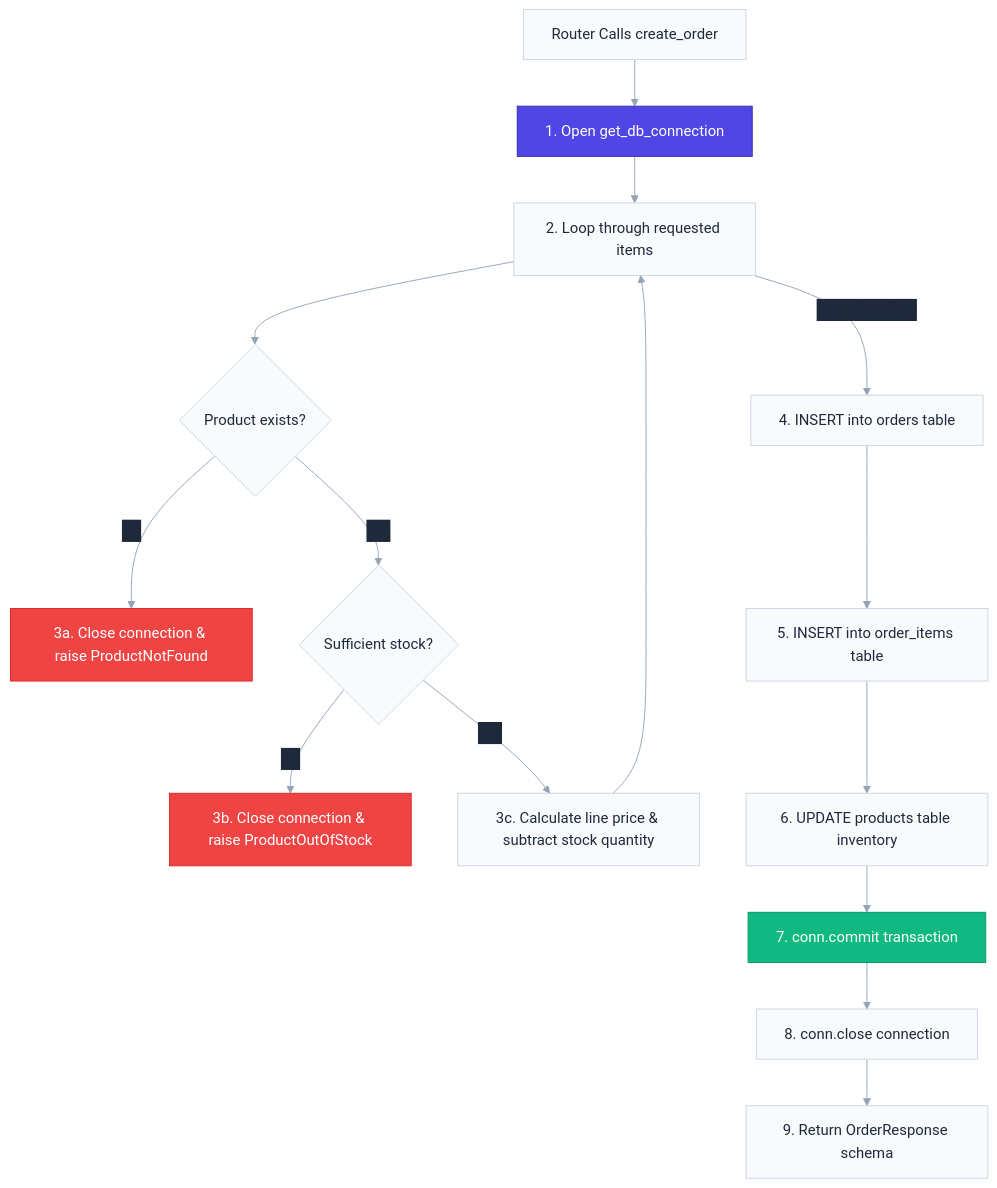
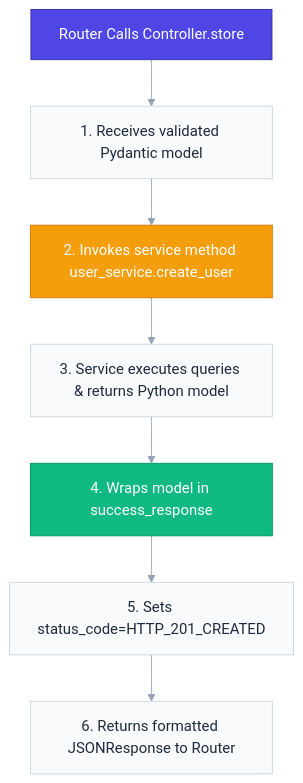
The diagram in app/controllers/README.md (nakul-cloud/ecommerce-api), drawn with Mermaid before and after one commit. The commit also changed other lines of this file and 22 other files, not shown here.

Commit message:
feat: scaffold API architecture with authentication, custom exceptions, controllers, and utility modules.

````diff
--- a/app/controllers/README.md
+++ b/app/controllers/README.md
@@ -22,23 +22,14 @@
 ```mermaid
 %%{init: {'theme': 'base', 'themeVariables': {'primaryColor': '#4f46e5', 'primaryTextColor': '#1e293b', 'primaryBorderColor': '#3730a3', 'lineColor': '#94a3b8', 'secondaryColor': '#10b981', 'tertiaryColor': '#f59e0b', 'background': '#ffffff', 'mainBkg': '#f8fafc', 'nodeBorder': '#cbd5e1', 'nodeTextColor': '#1e293b', 'textColor': '#ffffff', 'titleColor': '#ffffff', 'edgeLabelBackground': '#1e293b', 'clusterBkg': '#f1f5f9', 'clusterBorder': '#e2e8f0'}}}%%
 flowchart TD
-    Start[Router Calls create_order] --> DBConn[1. Open get_db_connection]
-    DBConn --> LoopItems[2. Loop through requested items]
-    LoopItems --> CheckProd{Product exists?}
-    CheckProd -->|No| RaiseNF[3a. Close connection & raise ProductNotFound]
-    CheckProd -->|Yes| CheckStock{Sufficient stock?}
-    CheckStock -->|No| RaiseOOS[3b. Close connection & raise ProductOutOfStock]
-    CheckStock -->|Yes| CalcPrice[3c. Calculate line price & subtract stock quantity]
-    CalcPrice --> LoopItems
-    LoopItems -->|Loop Complete| InsertOrder[4. INSERT into orders table]
-    InsertOrder --> InsertItems[5. INSERT into order_items table]
-    InsertItems --> DeductStock[6. UPDATE products table inventory]
-    DeductStock --> Commit[7. conn.commit transaction]
-    Commit --> CloseConn[8. conn.close connection]
-    CloseConn --> ReturnRes[9. Return OrderResponse schema]
+    Start[Router Calls Controller.store] --> Validate[1. Receives validated Pydantic model]
+    Validate --> CallService[2. Invokes service method user_service.create_user]
+    CallService --> ServiceExec[3. Service executes queries & returns Python model]
+    ServiceExec --> SuccessWrap[4. Wraps model in success_response]
+    SuccessWrap --> SetStatus[5. Sets status_code=HTTP_201_CREATED]
+    SetStatus --> ReturnJSON[6. Returns formatted JSONResponse to Router]
     
-    style DBConn fill:#4f46e5,stroke:#3730a3,color:#ffffff
-    style Commit fill:#10b981,stroke:#059669,color:#ffffff
-    style RaiseNF fill:#ef4444,stroke:#dc2626,color:#ffffff
-    style RaiseOOS fill:#ef4444,stroke:#dc2626,color:#ffffff
+    style Start fill:#4f46e5,stroke:#3730a3,color:#ffffff
+    style CallService fill:#f59e0b,stroke:#d97706,color:#ffffff
+    style SuccessWrap fill:#10b981,stroke:#059669,color:#ffffff
 ```
````
